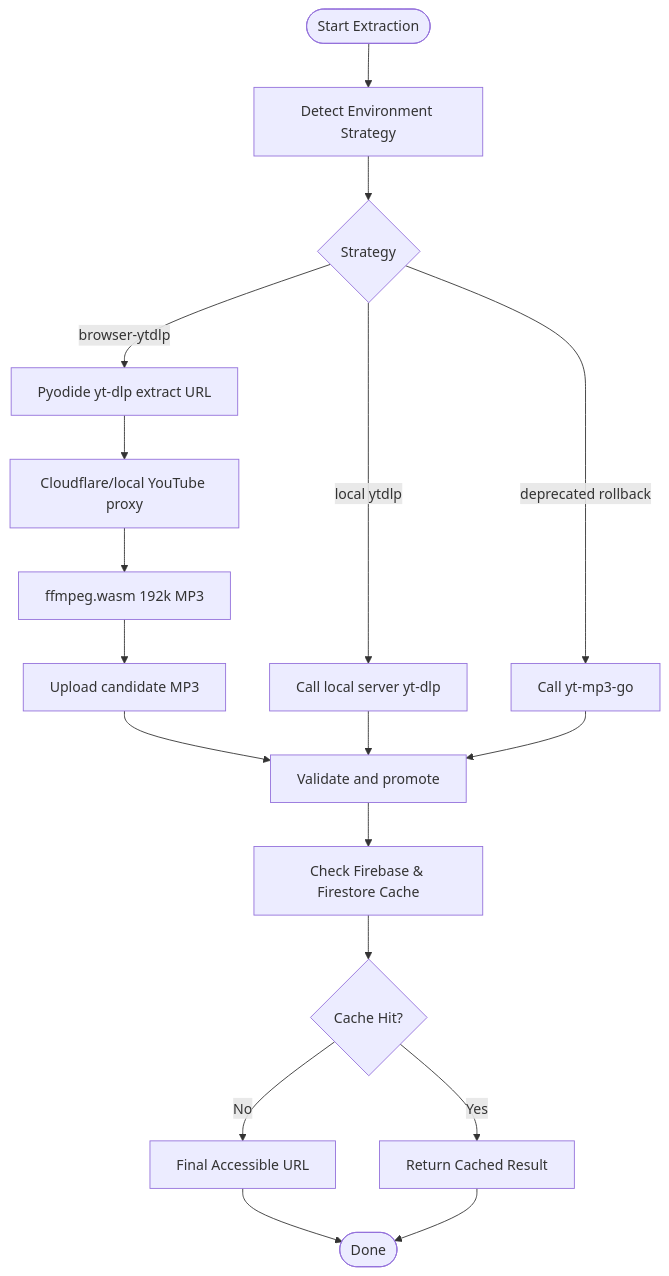
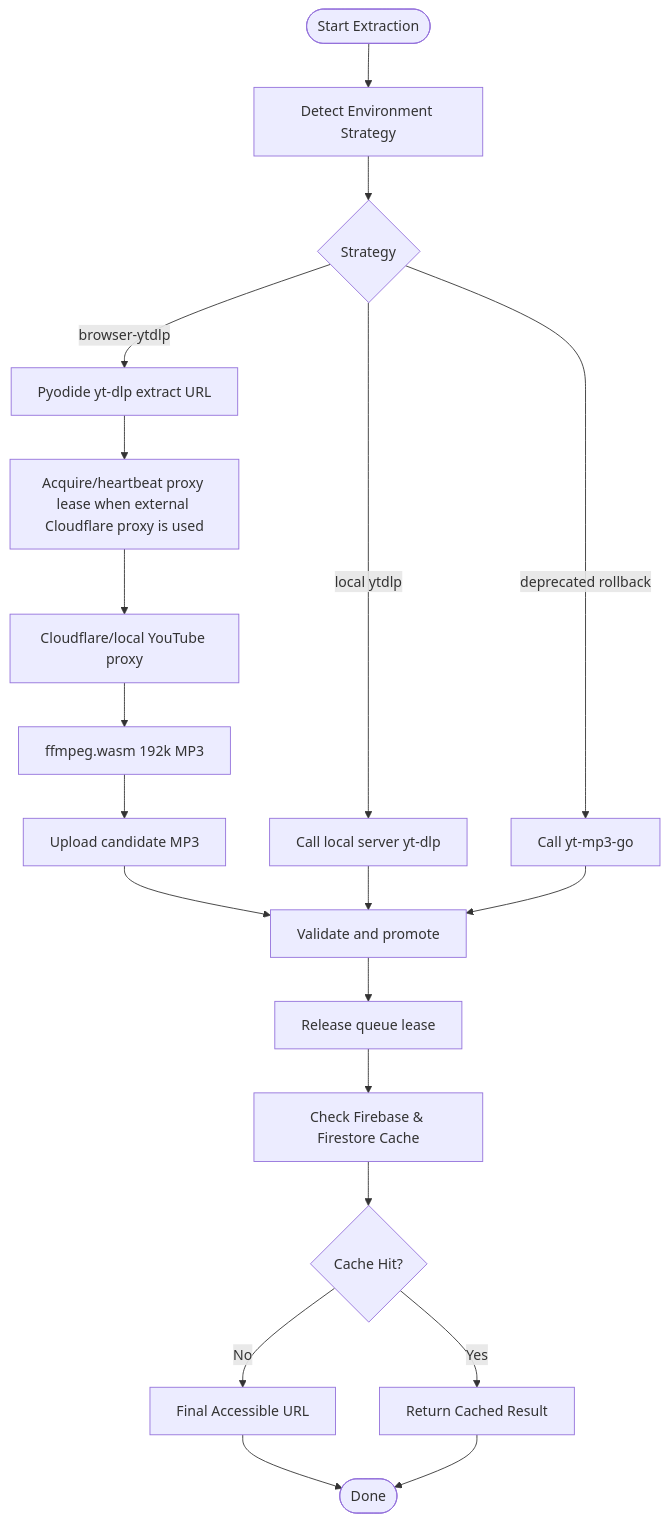
Before and after one commit to ptnghia-j/ChordMiniApp: the third of 7 diagrams in .qoder/repowiki/en/content/Audio Processing and Analysis/Audio Pipeline.md, drawn with Mermaid. The commit also changed other lines of this file and 32 other files, not shown here.

````diff
--- a/.qoder/repowiki/en/content/Audio Processing and Analysis/Audio Pipeline.md
+++ b/.qoder/repowiki/en/content/Audio Processing and Analysis/Audio Pipeline.md
@@ -173,20 +188,22 @@
 ```mermaid
 flowchart TD
 Start(["Start Extraction"]) --> DetectEnv["Detect Environment Strategy"]
 DetectEnv --> ChooseSvc{"Strategy"}
 ChooseSvc --> |browser-ytdlp| BrowserDlp["Pyodide yt-dlp extract URL"]
+BrowserDlp --> QueueLease["Acquire/heartbeat proxy lease when external Cloudflare proxy is used"]
 ChooseSvc --> |local ytdlp| CallYTDL["Call local server yt-dlp"]
 ChooseSvc --> |deprecated rollback| CallYTM["Call yt-mp3-go"]
-BrowserDlp --> Proxy["Cloudflare/local YouTube proxy"]
+QueueLease --> Proxy["Cloudflare/local YouTube proxy"]
 Proxy --> Convert["ffmpeg.wasm 192k MP3"]
 Convert --> Candidate["Upload candidate MP3"]
 Candidate --> Finalize["Validate and promote"]
+Finalize --> Release["Release queue lease"]
 CallYTDL --> Finalize
 CallYTM --> Finalize
-Finalize --> CacheCheck["Check Firebase & Firestore Cache"]
+Release --> CacheCheck["Check Firebase & Firestore Cache"]
 CacheCheck --> CacheHit{"Cache Hit?"}
 CacheHit --> |Yes| ReturnCache["Return Cached Result"]
 CacheHit --> |No| FinalURL["Final Accessible URL"]
 FinalURL --> Done(["Done"])
 ReturnCache --> Done
 ```
````
